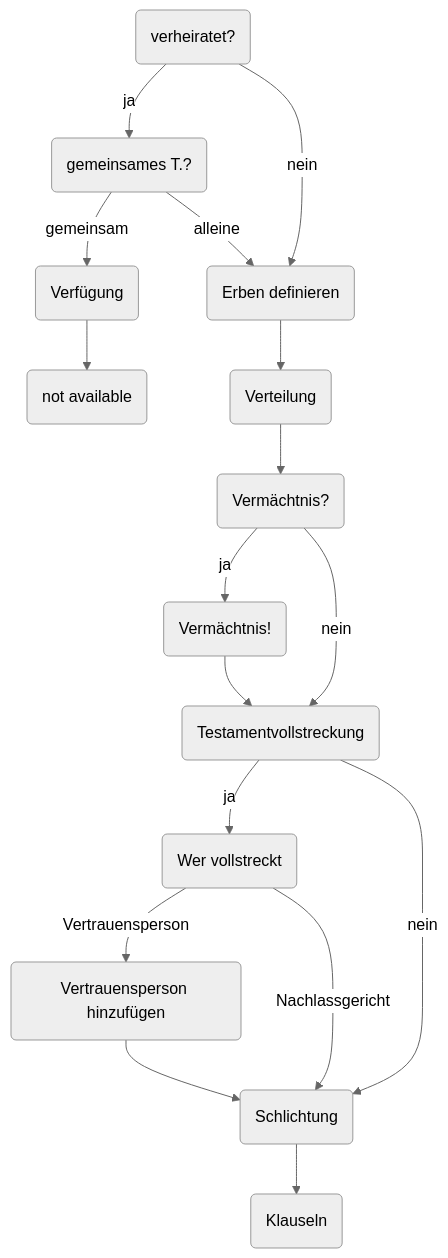
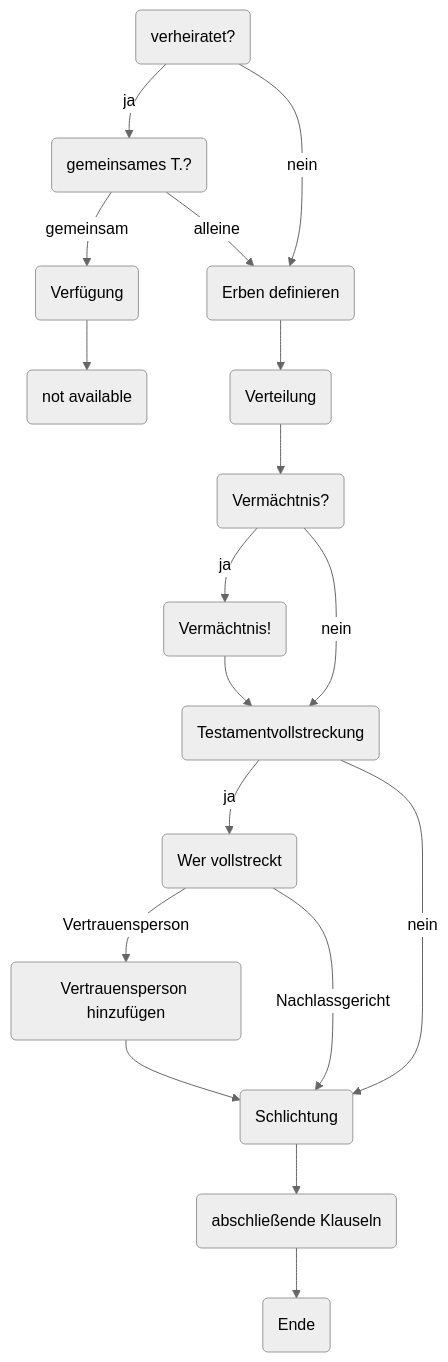
Before and after one commit to walkerdustin/beyond-webapp: the diagram in app/src/lib/Testamentgenerator_qusetions.md, drawn with Mermaid (neutral theme). The commit also changed 7 other files, not shown here.

````diff
--- a/app/src/lib/Testamentgenerator_qusetions.md
+++ b/app/src/lib/Testamentgenerator_qusetions.md
@@ -71,8 +71,8 @@
     __00500(Testamentvollstreckung)
         %%typ 'regular'
         %%frage 'Testamentvollstreckung'
-        %%option0 'ja'
-        %%option1 'nein'
+        %%option0 'Ja'
+        %%option1 'Nein'
         %%info ''
 
     __00510(Wer vollstreckt)
@@ -92,16 +92,25 @@
     __00600(Schlichtung)
         %%typ 'regular'
         %%frage 'Schlichtung'
+        %%option0 'Ja'
+        %%option1 'Nein'
+        %%info ''
+
+    __00900(abschließende Klauseln)
+        %%typ 'abschließendeKlauseln'
+        %%frage 'abschließende Klauseln'
+        %%option0 ''
+        %%option1 ''
+        %%info ''
+    
+    __01000(Ende)
+        %%typ 'ende'
+        %%frage 'Ende'
         %%option0 ''
         %%option1 ''
         %%info ''
 
-    __00900(Klauseln)
-        %%typ 'klauseln'
-        %%frage 'Klauseln'
-        %%option0 ''
-        %%option1 ''
-        %%info ''
+    
 
     %%Transitions
     __00100--ja-->__00110
@@ -120,5 +129,6 @@
     __00510--Nachlassgericht-->__00600
     __00520-->__00600
     __00600-->__00900
+    __00900-->__01000
     %%End
 ```
````
